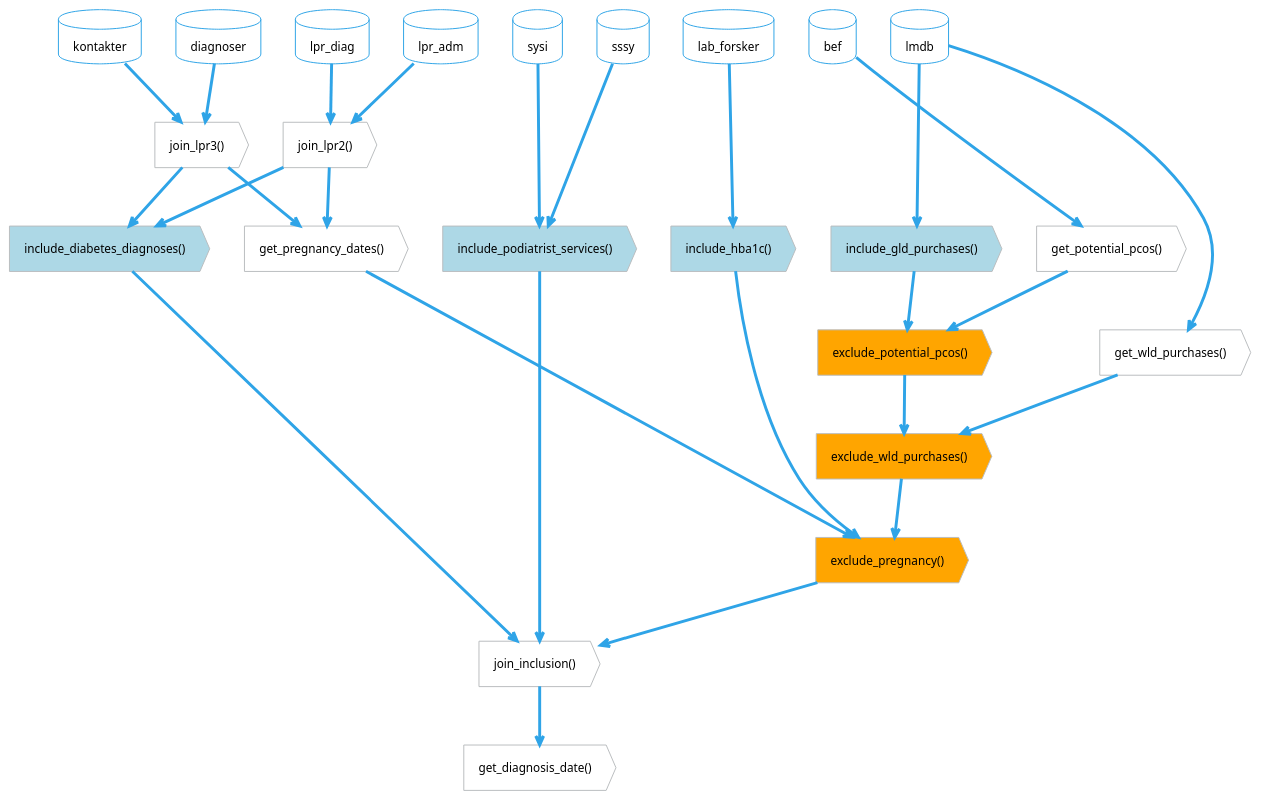
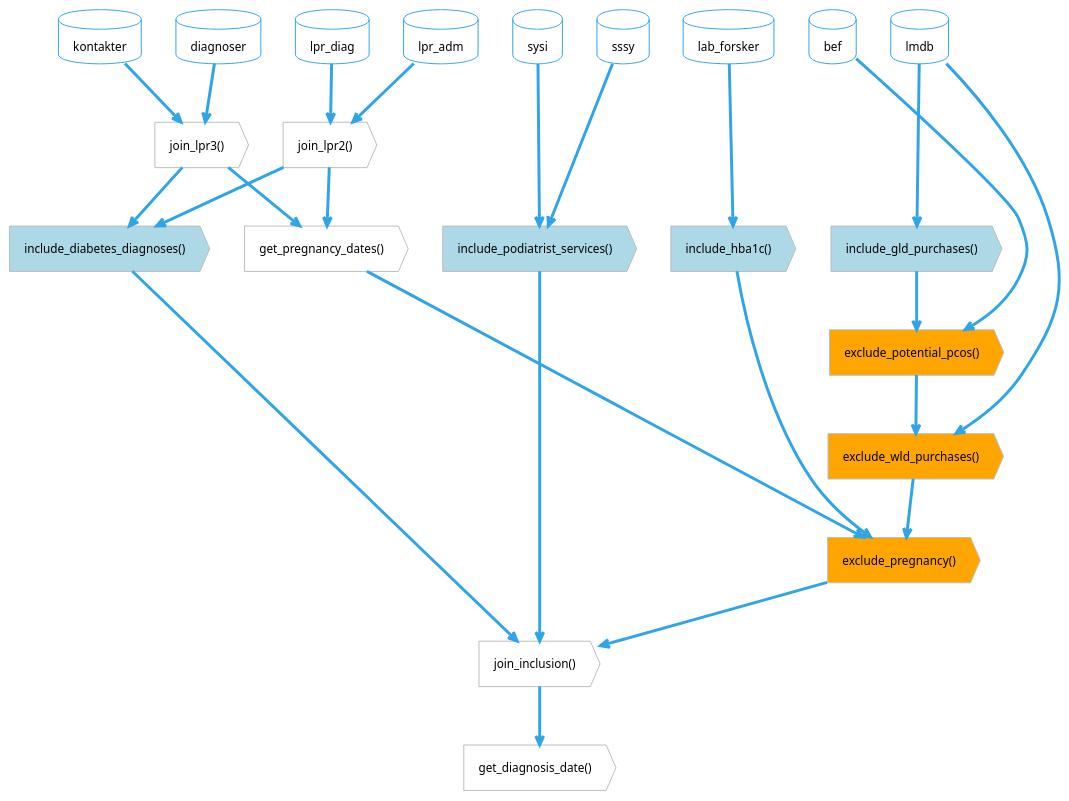
One commit to steno-aarhus/osdc changed the diagram in vignettes/images/function-flow-population.puml. Above: the diagram before and after it, drawn with PlantUML.

Commit message:
docs: :fire: remove unnecessary helper functions

```diff
--- a/vignettes/images/function-flow-population.puml
+++ b/vignettes/images/function-flow-population.puml
@@ -1,91 +1,86 @@
 @startuml function-flow-population
 !theme cerulean-outline
 <style>
 action, card, database, rectangle {
     FontColor black
 }
 .inclusion {
     BackgroundColor lightblue
 }
 .exclusion {
     BackgroundColor orange
 }
 </style>
 
 hide <<inclusion>> stereotype
 hide <<exclusion>> stereotype
 
 'Diabetes population extraction
     together {
         database sssy
         database sysi
         database lpr_diag
         database lpr_adm
         database lmdb
         database lab_forsker
         database kontakter
         database diagnoser
         database bef
     }
     together {
             action "join_lpr2()" as lpr2
             action "join_lpr3()" as lpr3
     }
-
-    action "get_potential_pcos()" as pcos
-    action "get_wld_purchases()" as wld
 
     together {
         action "exclude_pregnancy()" as ex_pregnancy <<exclusion>>
         action "exclude_wld_purchases()" as ex_wld <<exclusion>>
         action "exclude_potential_pcos()" as ex_pcos <<exclusion>>
     }
     together {
         action "include_diabetes_diagnoses()" as in_diagnoses <<inclusion>>
         action "include_hba1c()" as in_hba1c <<inclusion>>
         action "include_podiatrist_services()" as in_podiatrist <<inclusion>>
         action "include_gld_purchases()" as in_gld <<inclusion>>
         action "get_pregnancy_dates()" as pregnancy
     }
 
     action "join_inclusion()" as join_inclusion
     action "get_diagnosis_date()" as diagnosis_date
 
 'join lpr
     lpr_diag --> lpr2
     lpr_adm --> lpr2
     kontakter --> lpr3
     diagnoser --> lpr3
 
 'inclusion: podiatrist services
     sssy --> in_podiatrist
     sysi --> in_podiatrist
     in_podiatrist --> join_inclusion
 
 'inclusion: hba1c
     lab_forsker --> in_hba1c
     in_hba1c --> ex_pregnancy
     ex_pregnancy --> join_inclusion
 
 'inclusion: gld purchases
     lmdb --> in_gld
     in_gld --> ex_pcos
     ex_pcos --> ex_wld
     ex_wld --> ex_pregnancy
 
 'inclusion: diabetes diagnoses
     lpr2 --> in_diagnoses
     lpr3 --> in_diagnoses
     in_diagnoses --> join_inclusion
-
-'helper functions
+ 
+'exclusion and helper functions
+    bef --> ex_pcos
+    lmdb --> ex_wld
     lpr2 --> pregnancy
     lpr3 --> pregnancy
     pregnancy --> ex_pregnancy
-    lmdb --> wld
-    wld --> ex_wld
-    bef --> pcos
-    pcos --> ex_pcos
     join_inclusion --> diagnosis_date
 
 @enduml
```
